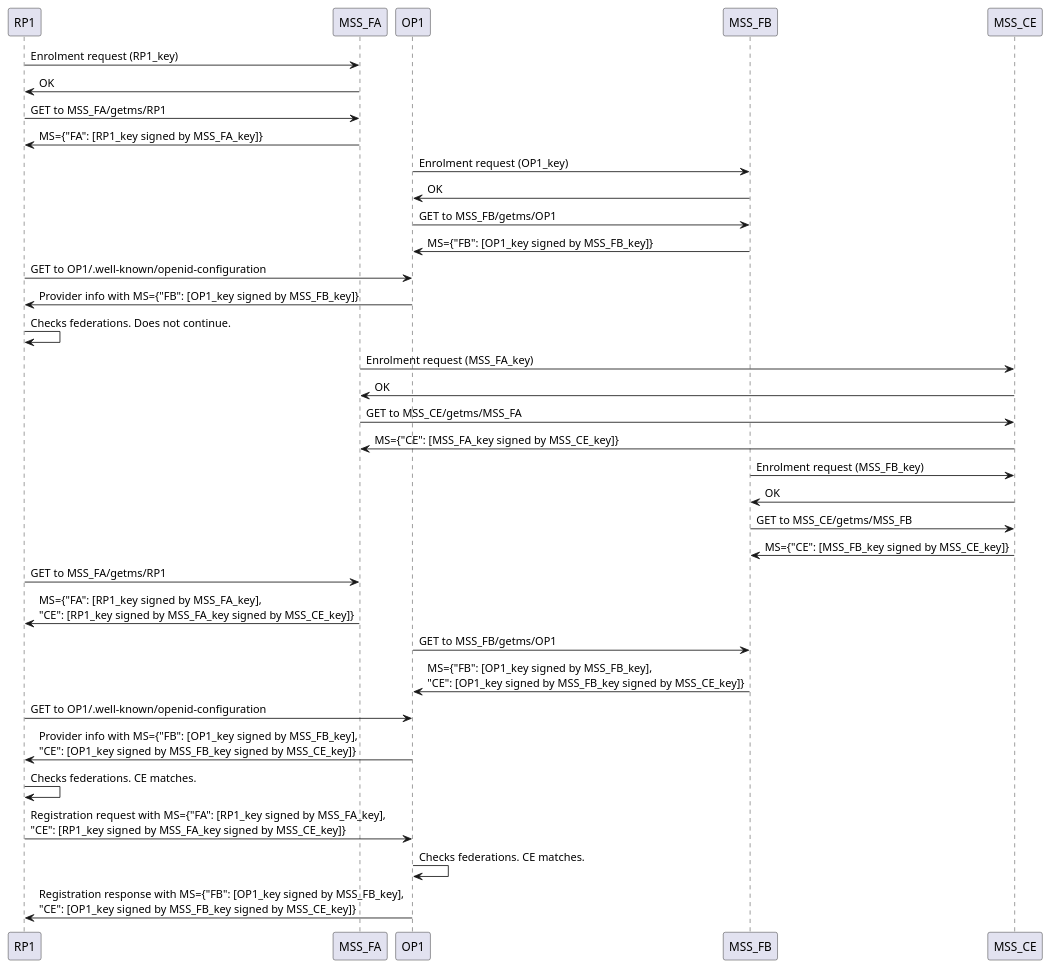
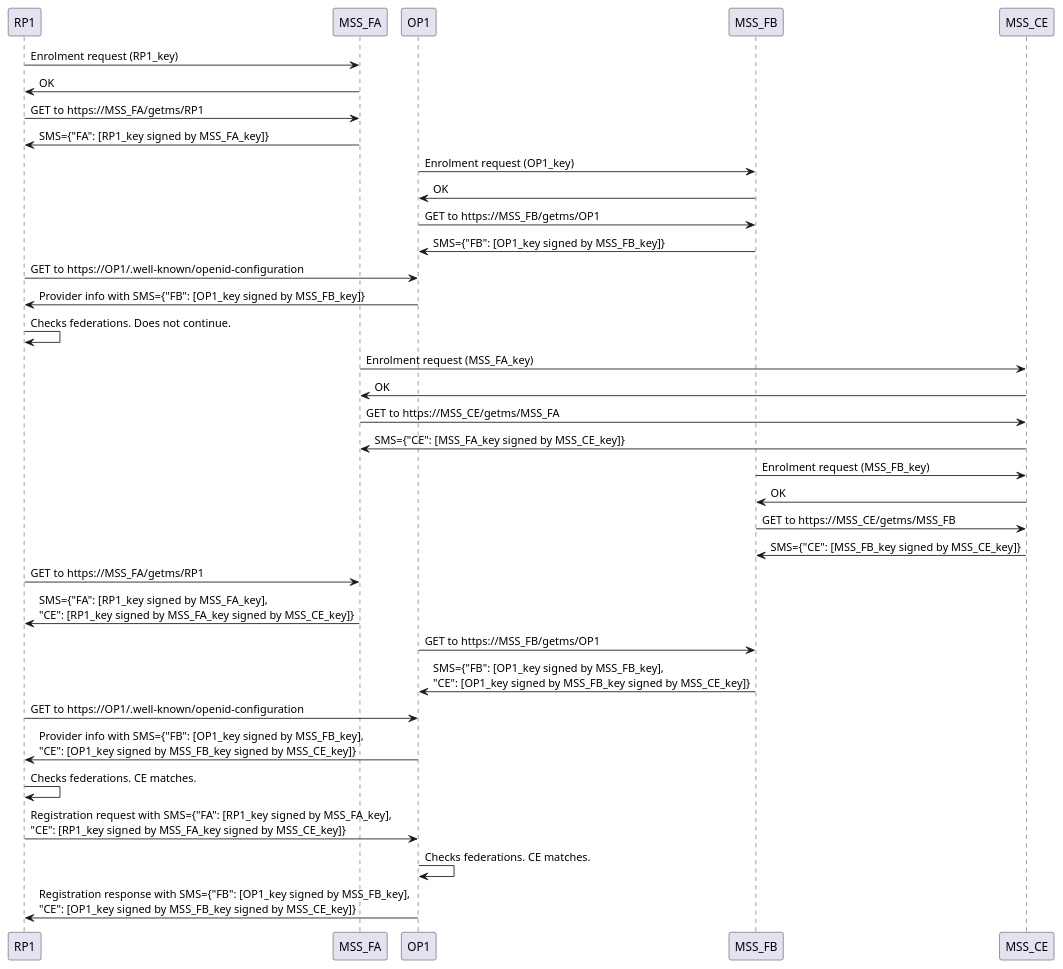
One commit to daserzw/fedoidc changed the diagram in doc/howto/multifederation.plantuml. Above: the diagram before and after it, drawn with PlantUML.

Commit message:
Use SMS instead of MS and add https:// to URLs

```diff
--- a/doc/howto/multifederation.plantuml
+++ b/doc/howto/multifederation.plantuml
@@ -1,36 +1,36 @@
 RP1      -> MSS_FA:  Enrolment request (RP1_key)
 MSS_FA   -> RP1:     OK
-RP1      -> MSS_FA:  GET to MSS_FA/getms/RP1
-MSS_FA   -> RP1:     MS={"FA": [RP1_key signed by MSS_FA_key]}
+RP1      -> MSS_FA:  GET to https://MSS_FA/getms/RP1
+MSS_FA   -> RP1:     SMS={"FA": [RP1_key signed by MSS_FA_key]}
 
 OP1      -> MSS_FB:  Enrolment request (OP1_key)
 MSS_FB   -> OP1:     OK
-OP1      -> MSS_FB:  GET to MSS_FB/getms/OP1
-MSS_FB   -> OP1:     MS={"FB": [OP1_key signed by MSS_FB_key]}
+OP1      -> MSS_FB:  GET to https://MSS_FB/getms/OP1
+MSS_FB   -> OP1:     SMS={"FB": [OP1_key signed by MSS_FB_key]}
 
-RP1      -> OP1:     GET to OP1/.well-known/openid-configuration
-OP1      -> RP1:     Provider info with MS={"FB": [OP1_key signed by MSS_FB_key]}
+RP1      -> OP1:     GET to https://OP1/.well-known/openid-configuration
+OP1      -> RP1:     Provider info with SMS={"FB": [OP1_key signed by MSS_FB_key]}
 RP1      -> RP1:     Checks federations. Does not continue.
 
 MSS_FA   -> MSS_CE:  Enrolment request (MSS_FA_key)
 MSS_CE   -> MSS_FA:  OK
-MSS_FA   -> MSS_CE:  GET to MSS_CE/getms/MSS_FA
-MSS_CE   -> MSS_FA:  MS={"CE": [MSS_FA_key signed by MSS_CE_key]}
+MSS_FA   -> MSS_CE:  GET to https://MSS_CE/getms/MSS_FA
+MSS_CE   -> MSS_FA:  SMS={"CE": [MSS_FA_key signed by MSS_CE_key]}
 
 MSS_FB   -> MSS_CE:  Enrolment request (MSS_FB_key)
 MSS_CE   -> MSS_FB:  OK
-MSS_FB   -> MSS_CE:  GET to MSS_CE/getms/MSS_FB
-MSS_CE   -> MSS_FB:  MS={"CE": [MSS_FB_key signed by MSS_CE_key]}
+MSS_FB   -> MSS_CE:  GET to https://MSS_CE/getms/MSS_FB
+MSS_CE   -> MSS_FB:  SMS={"CE": [MSS_FB_key signed by MSS_CE_key]}
 
-RP1      -> MSS_FA:  GET to MSS_FA/getms/RP1
-MSS_FA   -> RP1:     MS={"FA": [RP1_key signed by MSS_FA_key], \n"CE": [RP1_key signed by MSS_FA_key signed by MSS_CE_key]}
+RP1      -> MSS_FA:  GET to https://MSS_FA/getms/RP1
+MSS_FA   -> RP1:     SMS={"FA": [RP1_key signed by MSS_FA_key], \n"CE": [RP1_key signed by MSS_FA_key signed by MSS_CE_key]}
 
-OP1      -> MSS_FB:  GET to MSS_FB/getms/OP1
-MSS_FB   -> OP1:     MS={"FB": [OP1_key signed by MSS_FB_key], \n"CE": [OP1_key signed by MSS_FB_key signed by MSS_CE_key]}
+OP1      -> MSS_FB:  GET to https://MSS_FB/getms/OP1
+MSS_FB   -> OP1:     SMS={"FB": [OP1_key signed by MSS_FB_key], \n"CE": [OP1_key signed by MSS_FB_key signed by MSS_CE_key]}
 
-RP1      -> OP1:     GET to OP1/.well-known/openid-configuration
-OP1      -> RP1:     Provider info with MS={"FB": [OP1_key signed by MSS_FB_key], \n"CE": [OP1_key signed by MSS_FB_key signed by MSS_CE_key]}
+RP1      -> OP1:     GET to https://OP1/.well-known/openid-configuration
+OP1      -> RP1:     Provider info with SMS={"FB": [OP1_key signed by MSS_FB_key], \n"CE": [OP1_key signed by MSS_FB_key signed by MSS_CE_key]}
 RP1      -> RP1:     Checks federations. CE matches.
-RP1      -> OP1:     Registration request with MS={"FA": [RP1_key signed by MSS_FA_key], \n"CE": [RP1_key signed by MSS_FA_key signed by MSS_CE_key]}
+RP1      -> OP1:     Registration request with SMS={"FA": [RP1_key signed by MSS_FA_key], \n"CE": [RP1_key signed by MSS_FA_key signed by MSS_CE_key]}
 OP1      -> OP1:     Checks federations. CE matches.
-OP1      -> RP1:     Registration response with MS={"FB": [OP1_key signed by MSS_FB_key], \n"CE": [OP1_key signed by MSS_FB_key signed by MSS_CE_key]}
+OP1      -> RP1:     Registration response with SMS={"FB": [OP1_key signed by MSS_FB_key], \n"CE": [OP1_key signed by MSS_FB_key signed by MSS_CE_key]}
```
